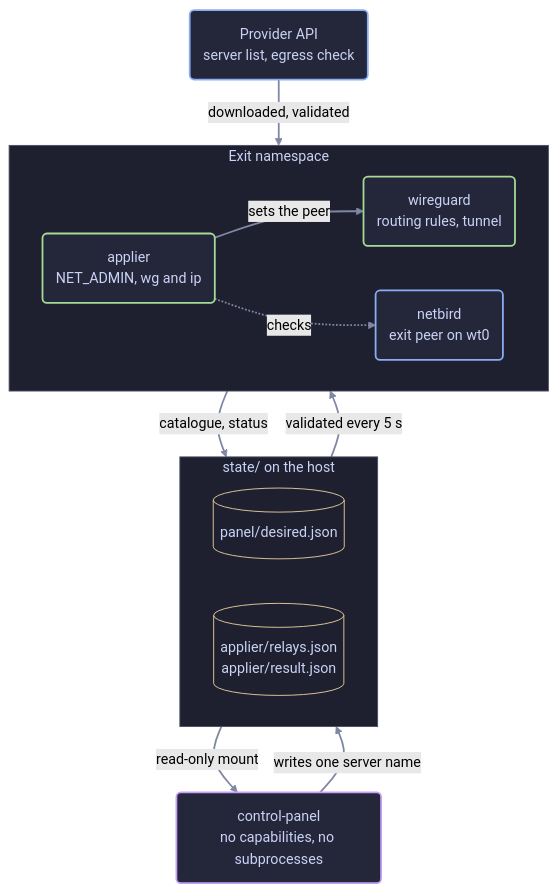
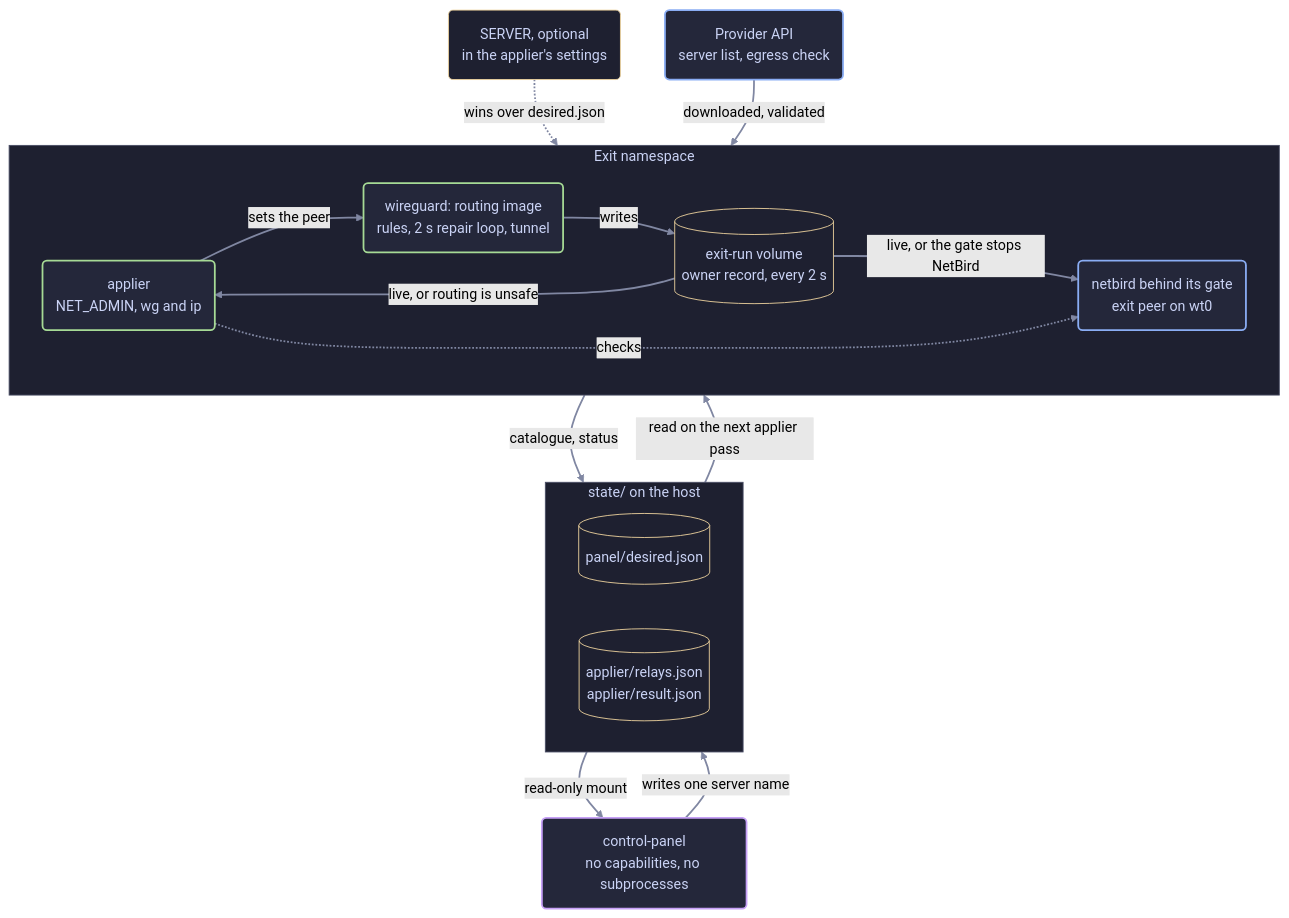
One commit to irashack/molebridge changed the first of 5 diagrams in docs/architecture.md. Above: the diagram before and after it, drawn with Mermaid (forest theme). The commit also changed other lines of this file and 20 other files, not shown here.

First line of the commit message:
docs: v0.6.0 accuracy pass, new tagline, diagrams, banner and screenshots

````diff
--- a/docs/architecture.md
+++ b/docs/architecture.md
@@ -53,36 +53,42 @@
 ```mermaid
 flowchart TB
     panel("control-panel<br/>no capabilities, no subprocesses")
     subgraph statedir["state/ on the host"]
         direction LR
         desired[("panel/desired.json")]
         result[("applier/relays.json<br/>applier/result.json")]
     end
     subgraph ns["Exit namespace"]
         direction LR
         applier("applier<br/>NET_ADMIN, wg and ip")
-        wireguard("wireguard<br/>routing rules, tunnel")
-        netbird("netbird<br/>exit peer on wt0")
+        wireguard("wireguard: routing image<br/>rules, 2 s repair loop, tunnel")
+        owner[("exit-run volume<br/>owner record, every 2 s")]
+        netbird("netbird behind its gate<br/>exit peer on wt0")
     end
     provider("Provider API<br/>server list, egress check")
+    server("SERVER, optional<br/>in the applier's settings")
 
     panel -- "writes one server name" --> desired
     result -- "read-only mount" --> panel
-    desired -- "validated every 5 s" --> applier
+    desired -- "read on the next applier pass" --> applier
+    server -. "wins over desired.json" .-> applier
     applier -- "catalogue, status" --> result
     applier -- "sets the peer" --> wireguard
+    wireguard -- "writes" --> owner
+    owner -- "live, or the gate stops NetBird" --> netbird
+    owner -- "live, or routing is unsafe" --> applier
     applier -. "checks" .-> netbird
     provider -- "downloaded, validated" --> applier
 
     classDef endpoint fill:#24273a,stroke:#8aadf4,color:#cad3f5,stroke-width:2px
     classDef routing fill:#24273a,stroke:#a6da95,color:#cad3f5,stroke-width:2px
     classDef file fill:#1e2030,stroke:#eed49f,color:#cad3f5,stroke-width:1px
     classDef panel fill:#24273a,stroke:#c6a0f6,color:#cad3f5,stroke-width:2px
     class provider,netbird endpoint
     class wireguard,applier routing
     class panel panel
-    class desired,result file
+    class desired,result,owner,server file
     style ns fill:#1e2030,stroke:#494d64,color:#cad3f5
     style statedir fill:#1e2030,stroke:#494d64,color:#cad3f5
     linkStyle default stroke:#8087a2,stroke-width:2px
 ```
````
